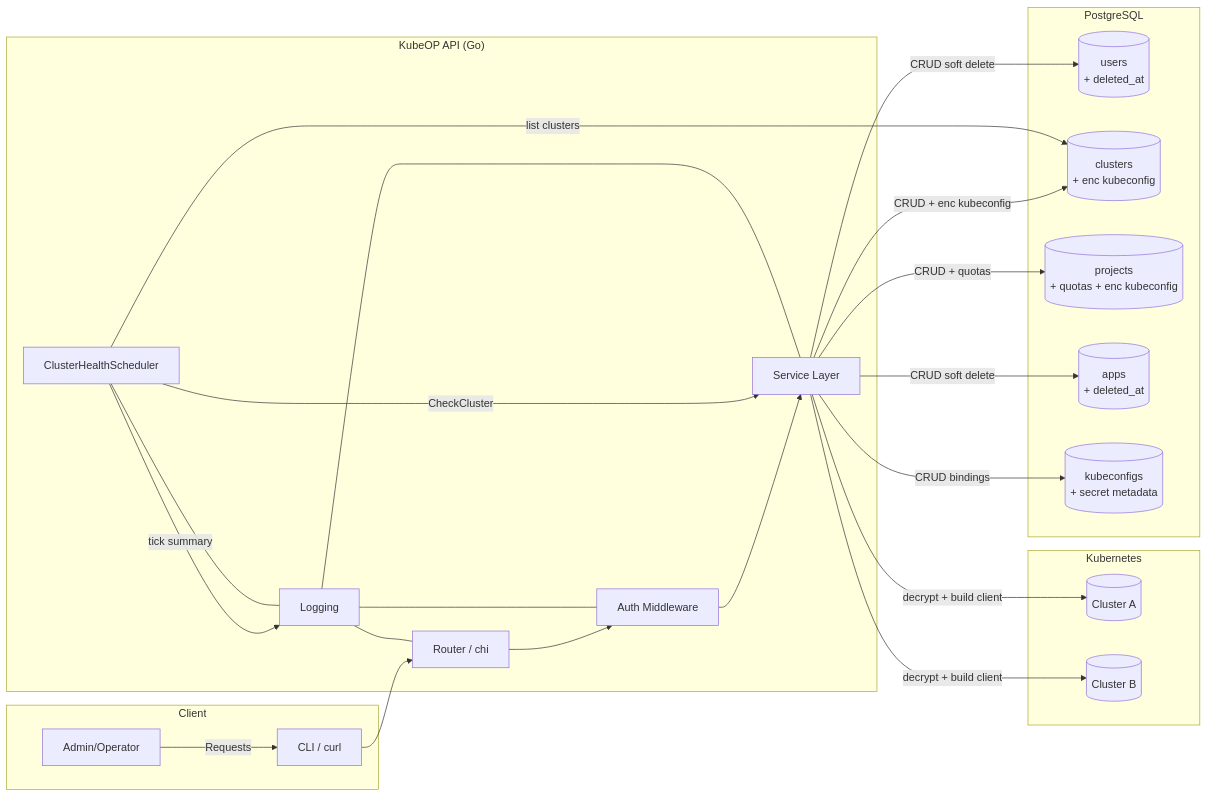
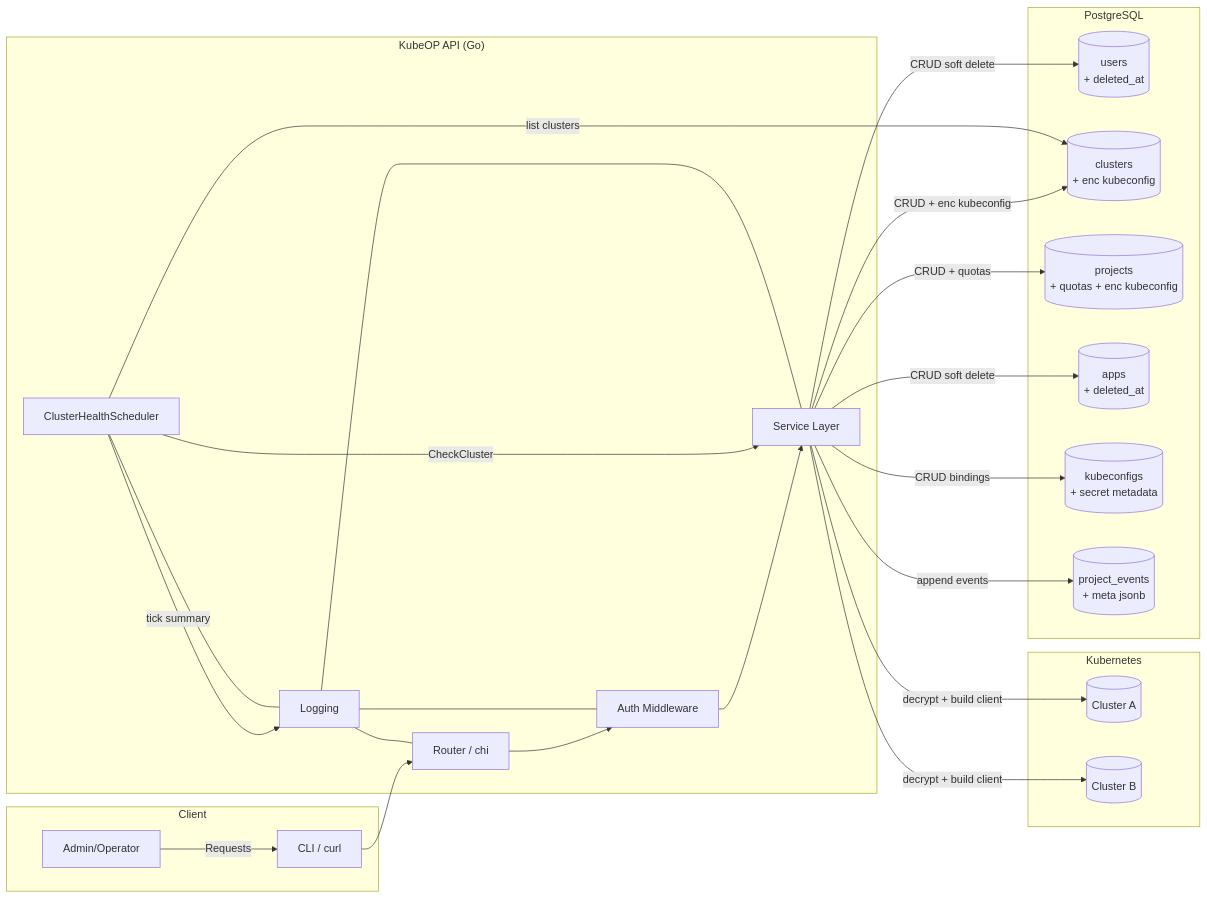
The first of 3 diagrams in docs/ARCHITECTURE.md (vaheed/kubeOP), drawn with Mermaid before and after one commit. The commit also changed other lines of this file and 35 other files, not shown here.

Commit message:
Add project events pipeline and project log streaming

````diff
--- a/docs/ARCHITECTURE.md
+++ b/docs/ARCHITECTURE.md
@@ -41,46 +42,48 @@
 ```mermaid
 flowchart LR
   subgraph "Client"
     U["Admin/Operator"]
     CLI["CLI / curl"]
   end
 
   subgraph "KubeOP API (Go)"
     R["Router / chi"]
     A["Auth Middleware"]
     SVC["Service Layer"]
     SCH["ClusterHealthScheduler"]
     LOG["Logging"]
   end
 
   subgraph "PostgreSQL"
     T1[("users\n+ deleted_at")]
     T2[("clusters\n+ enc kubeconfig")]
     T3[("projects\n+ quotas + enc kubeconfig")]
     T4[("apps\n+ deleted_at")]
     T5[("kubeconfigs\n+ secret metadata")]
+    T6[("project_events\n+ meta jsonb")]
   end
 
   subgraph "Kubernetes"
     K8s1[("Cluster A")]
     K8s2[("Cluster B")]
   end
 
   U -- "Requests" --> CLI
   CLI --> R
   R --> A --> SVC
   SVC -- "CRUD soft delete" --> T1
   SVC -- "CRUD + enc kubeconfig" --> T2
   SVC -- "CRUD + quotas" --> T3
   SVC -- "CRUD soft delete" --> T4
   SVC -- "CRUD bindings" --> T5
+  SVC -- "append events" --> T6
   SVC -- "decrypt + build client" --> K8s1
   SVC -- "decrypt + build client" --> K8s2
   SCH -- "tick summary" --> LOG
   SCH -- "list clusters" --> T2
   SCH -- "CheckCluster" --> SVC
   LOG --- R
   LOG --- A
   LOG --- SVC
   LOG --- SCH
 ```
````
